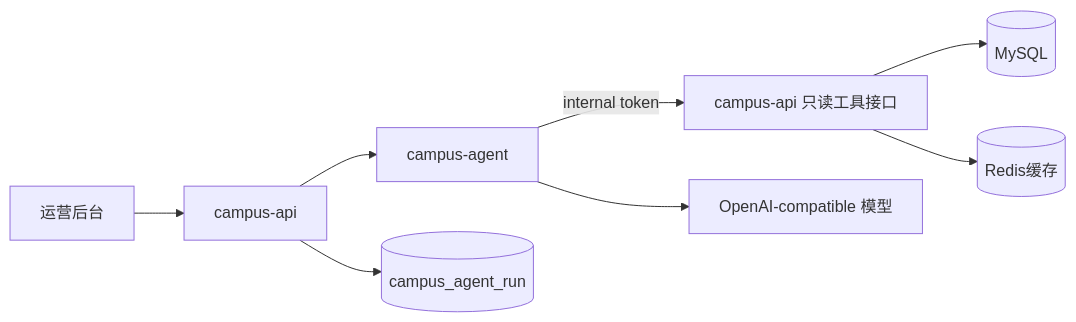
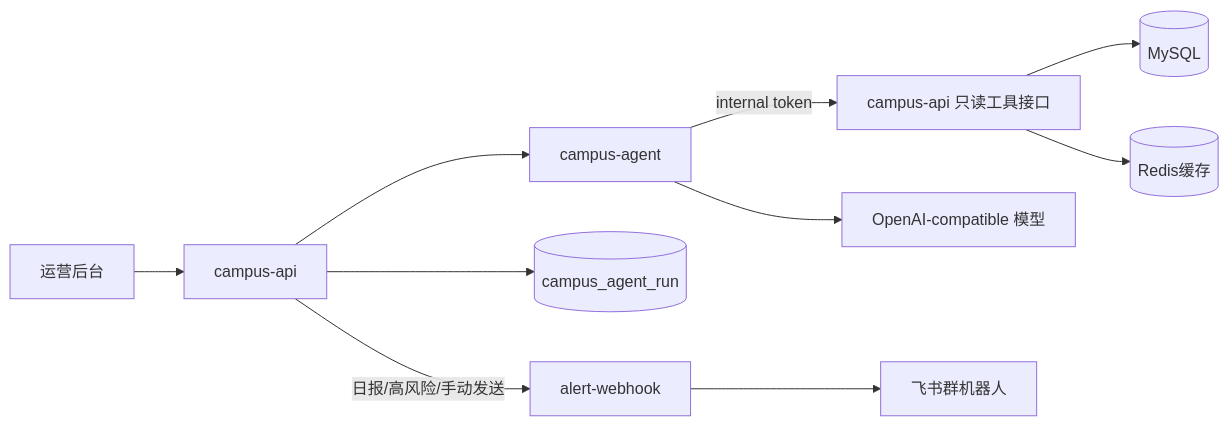
Before and after one commit to tangfire/lehu-video: the first of 3 diagrams in docs/agent-copilot.md, drawn with Mermaid. The commit also changed other lines of this file and 16 other files, not shown here.

````diff
--- a/docs/agent-copilot.md
+++ b/docs/agent-copilot.md
@@ -7,10 +7,12 @@
 ```mermaid
 flowchart LR
     Admin[运营后台] --> API[campus-api]
     API --> Agent[campus-agent]
     Agent -->|internal token| Tools[campus-api 只读工具接口]
     Tools --> MySQL[(MySQL)]
     Tools --> Redis[(Redis缓存)]
     Agent --> Model[OpenAI-compatible 模型]
     API --> Runs[(campus_agent_run)]
+    API -->|日报/高风险/手动发送| Alert[alert-webhook]
+    Alert --> Feishu[飞书群机器人]
 ```
````
